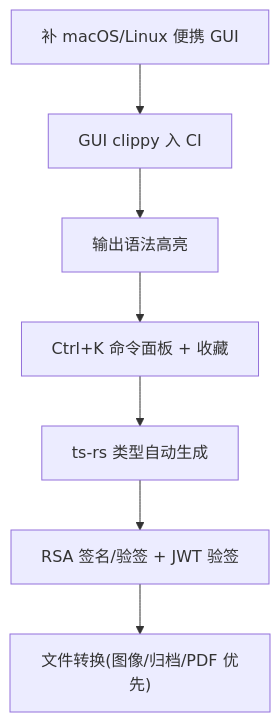
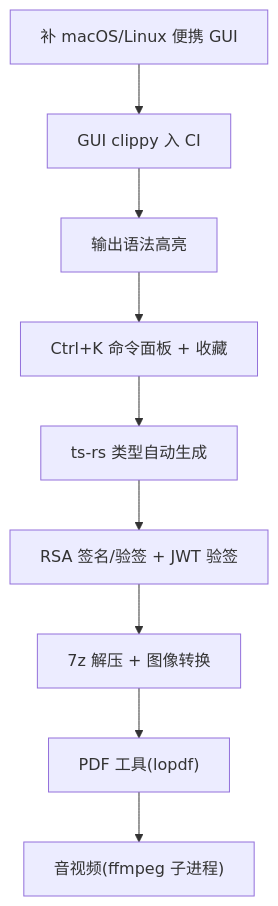
One commit to int2t05/NexToolkit changed the second of 2 diagrams in docs/todo.md. Above: the diagram before and after it, drawn with Mermaid. The commit also changed other lines of this file and 28 other files, not shown here.

````diff
--- a/docs/todo.md
+++ b/docs/todo.md
@@ -77,9 +78,11 @@
 ```mermaid
 flowchart TD
   A["补 macOS/Linux 便携 GUI"] --> B["GUI clippy 入 CI"]
   B --> C["输出语法高亮"]
   C --> D["Ctrl+K 命令面板 + 收藏"]
   D --> E["ts-rs 类型自动生成"]
   E --> F["RSA 签名/验签 + JWT 验签"]
-  F --> G["文件转换(图像/归档/PDF 优先)"]
+  F --> G["7z 解压 + 图像转换"]
+  G --> H["PDF 工具(lopdf)"]
+  H --> I["音视频(ffmpeg 子进程)"]
 ```
````
